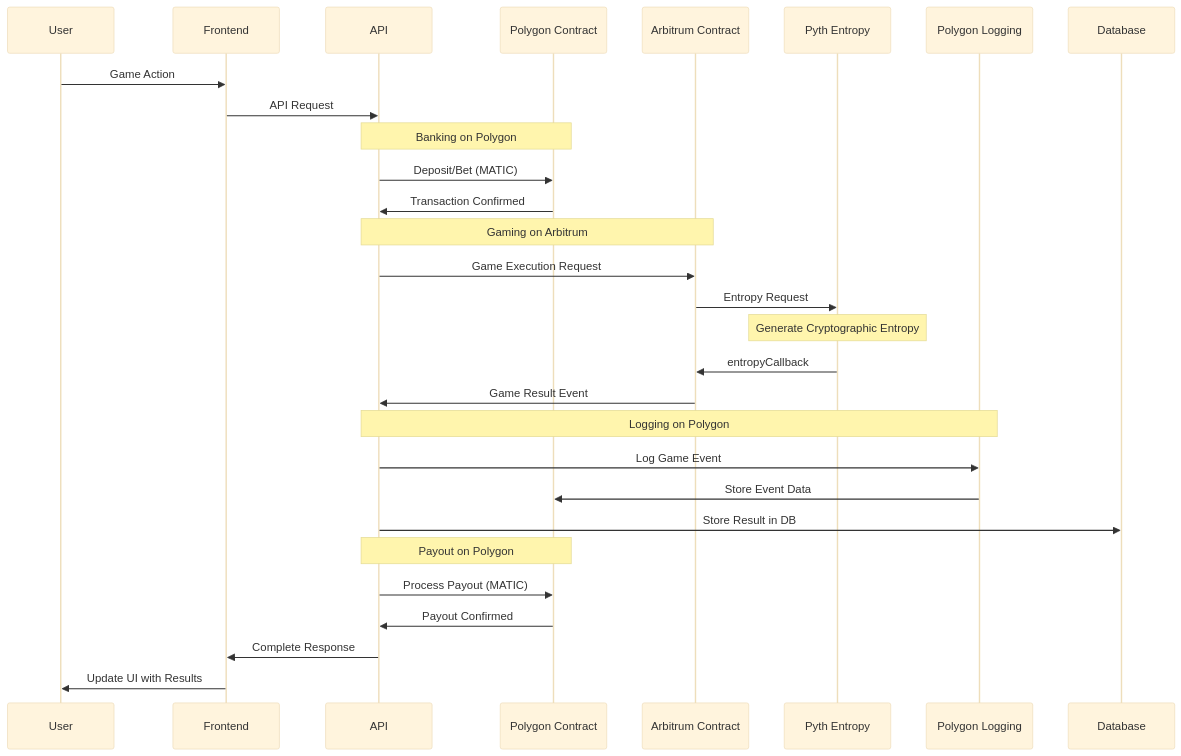
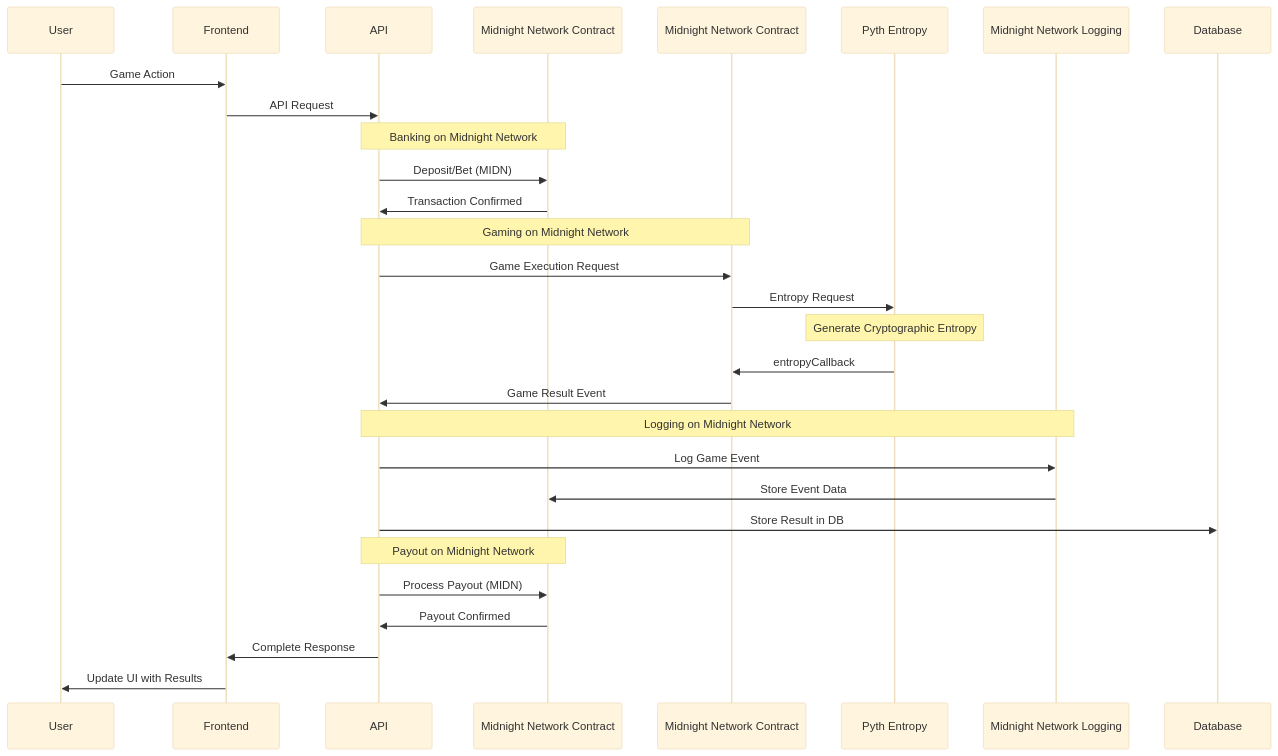
One commit to AmaanSayyad/Midnight-Casino changed diagram 14 of 23 in MERMAID_DIAGRAMS.md. Above: the diagram before and after it, drawn with Mermaid (base theme). The commit also changed other lines of this file and 2 other files, not shown here.

Commit message:
rebrand(midnight): establish baseline identity and theme scaffolding

````diff
--- a/MERMAID_DIAGRAMS.md
+++ b/MERMAID_DIAGRAMS.md
@@ -475,40 +475,40 @@
 ```mermaid
 sequenceDiagram
     participant U as User
     participant F as Frontend
     participant A as API
-    participant POL as Polygon Contract
-    participant ARB as Arbitrum Contract
+    participant POL as Midnight Network Contract
+    participant ARB as Midnight Network Contract
     participant PE as Pyth Entropy
-    participant LOG as Polygon Logging
+    participant LOG as Midnight Network Logging
     participant D as Database
     
     U->>F: Game Action
     F->>A: API Request
     
-    Note over A,POL: Banking on Polygon
-    A->>POL: Deposit/Bet (MATIC)
+    Note over A,POL: Banking on Midnight Network
+    A->>POL: Deposit/Bet (MIDN)
     POL->>A: Transaction Confirmed
     
-    Note over A,ARB: Gaming on Arbitrum
+    Note over A,ARB: Gaming on Midnight Network
     A->>ARB: Game Execution Request
     ARB->>PE: Entropy Request
     
     Note over PE: Generate Cryptographic Entropy
     
     PE->>ARB: entropyCallback
     ARB->>A: Game Result Event
     
-    Note over A,LOG: Logging on Polygon
+    Note over A,LOG: Logging on Midnight Network
     A->>LOG: Log Game Event
     LOG->>POL: Store Event Data
     
     A->>D: Store Result in DB
     
-    Note over A,POL: Payout on Polygon
-    A->>POL: Process Payout (MATIC)
+    Note over A,POL: Payout on Midnight Network
+    A->>POL: Process Payout (MIDN)
     POL->>A: Payout Confirmed
     
     A->>F: Complete Response
     F->>U: Update UI with Results
 ```
````
